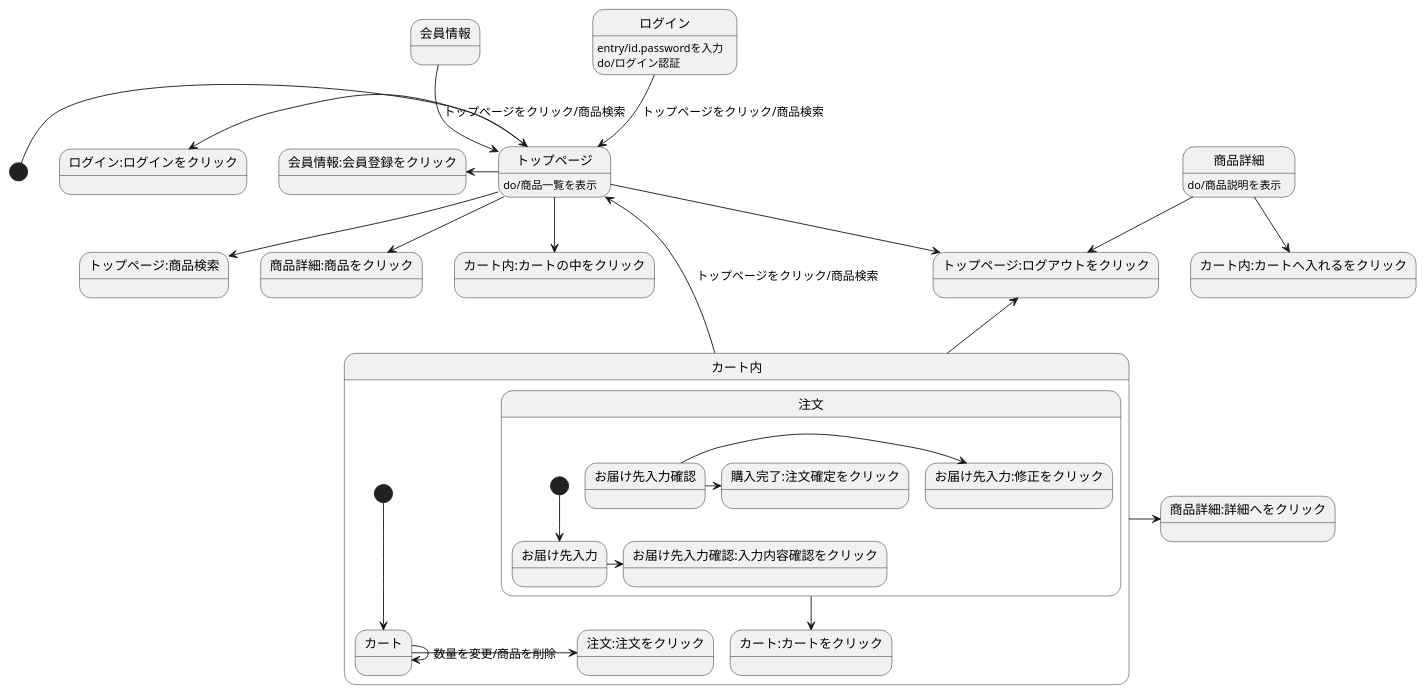
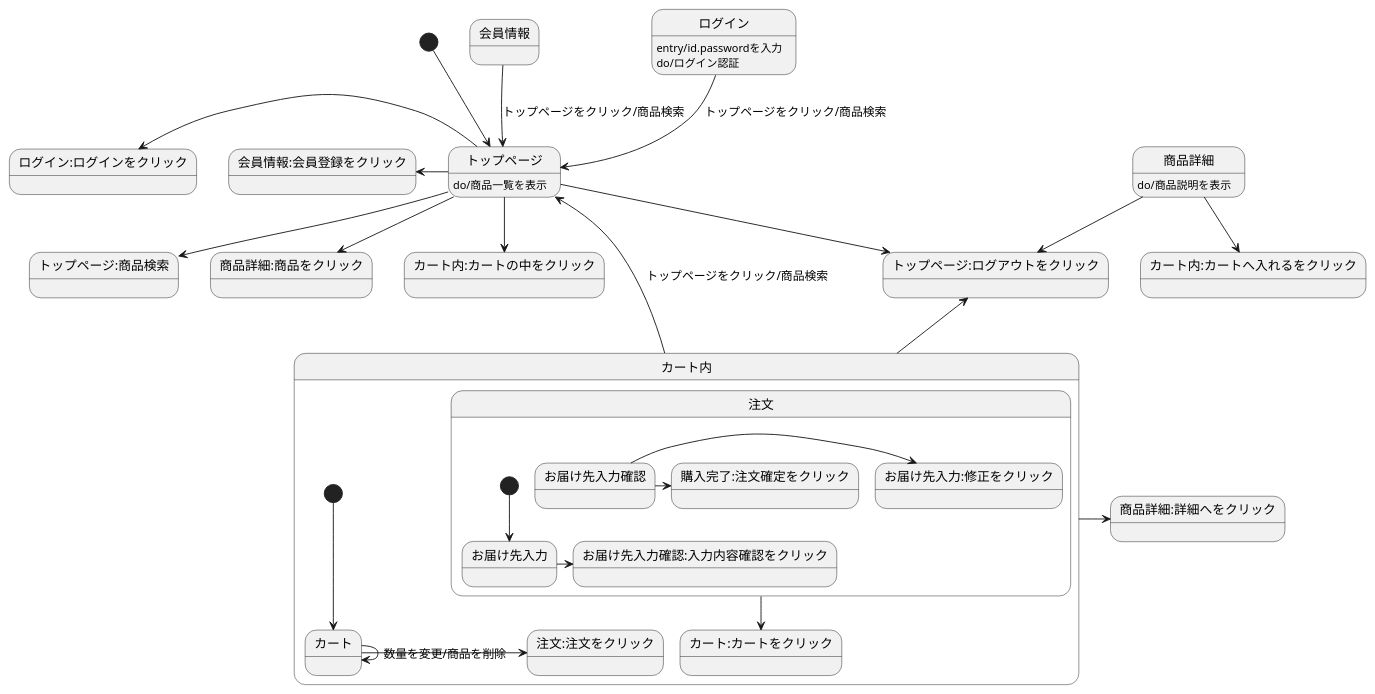
Before and after one commit to Aso2001011/2021sys-design: the diagram in gamenheni.md, drawn with PlantUML.

````diff
--- a/gamenheni.md
+++ b/gamenheni.md
@@ -1,36 +1,36 @@
 ```uml
 @startuml
-[*]->トップページ
+[*]-->トップページ
 会員情報-->トップページ:トップページをクリック/商品検索
 ログイン-->トップページ:トップページをクリック/商品検索
 ログイン:entry/id.passwordを入力
 ログイン:do/ログイン認証
 トップページ-->トップページ:ログアウトをクリック
 トップページ-->トップページ:商品検索
 トップページ-->商品詳細:商品をクリック
 トップページ-left->会員情報:会員登録をクリック
 トップページ-left->ログイン:ログインをクリック
 トップページ-->カート内:カートの中をクリック
 トップページ:do/商品一覧を表示
 商品詳細-->カート内:カートへ入れるをクリック
 商品詳細-->トップページ:ログアウトをクリック
 商品詳細:do/商品説明を表示
 カート内-up->トップページ:トップページをクリック/商品検索
 カート内-up->トップページ:ログアウトをクリック
 カート内->商品詳細:詳細へをクリック
 
 state カート内{
   [*]-->カート
   カート->注文:注文をクリック
   カート->カート:数量を変更/商品を削除
   注文-->カート:カートをクリック
   state 注文{
     [*]-->お届け先入力
     お届け先入力->お届け先入力確認:入力内容確認をクリック
     お届け先入力確認->お届け先入力:修正をクリック
     お届け先入力確認->購入完了:注文確定をクリック
   }
 }
 
 @enduml
 ```
````
